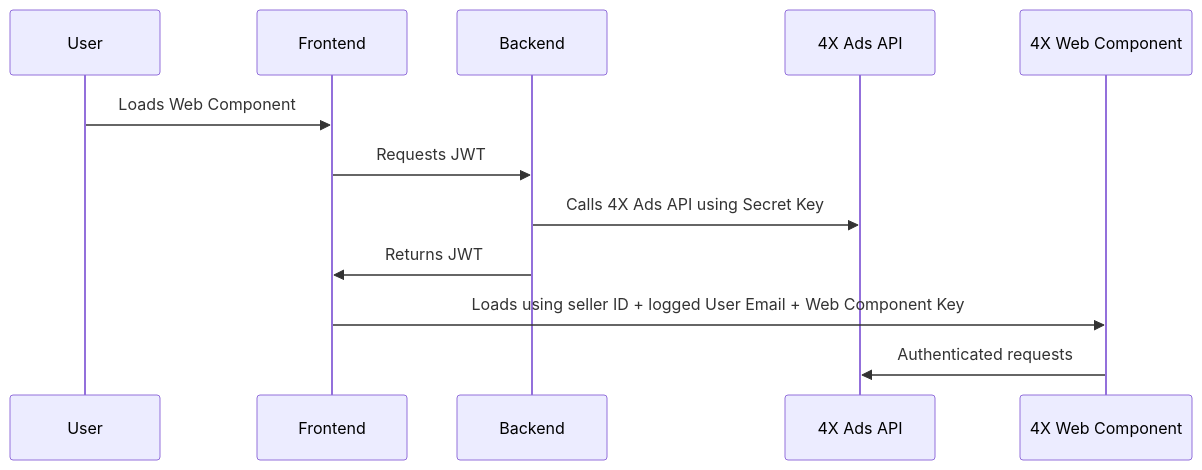
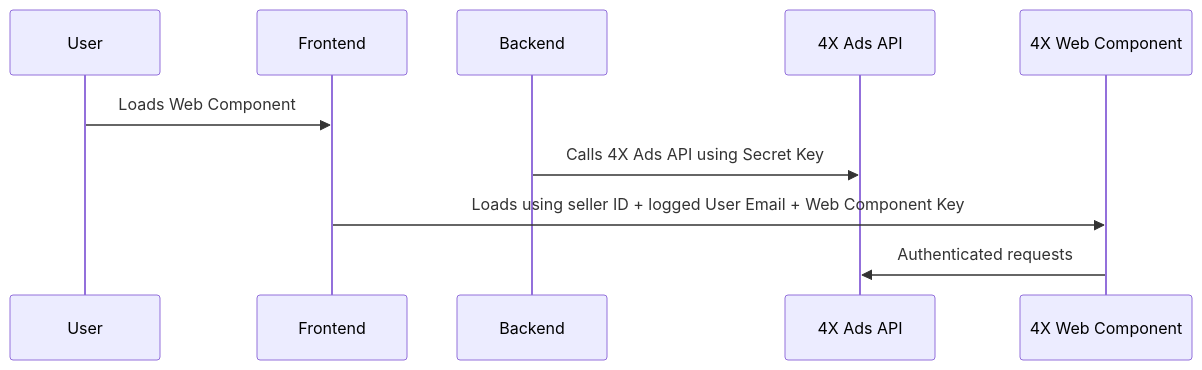
Before and after one commit to 4XDigital/four-x-integration-samples: the diagram in README.md, drawn with Mermaid. The commit also changed other lines of this file, not shown here.

````diff
--- a/README.md
+++ b/README.md
@@ -50,15 +49,13 @@
 ```mermaid
 sequenceDiagram
   participant User
   participant Frontend
   participant Backend
   participant 4X Ads API
   participant 4X Web Component
 
   User->>Frontend: Loads Web Component
-  Frontend->>Backend: Requests JWT
   Backend->>4X Ads API: Calls 4X Ads API using Secret Key
-  Backend->>Frontend: Returns JWT
   Frontend->>4X Web Component: Loads using seller ID + logged User Email + Web Component Key
   4X Web Component->>4X Ads API: Authenticated requests
 ```
````
